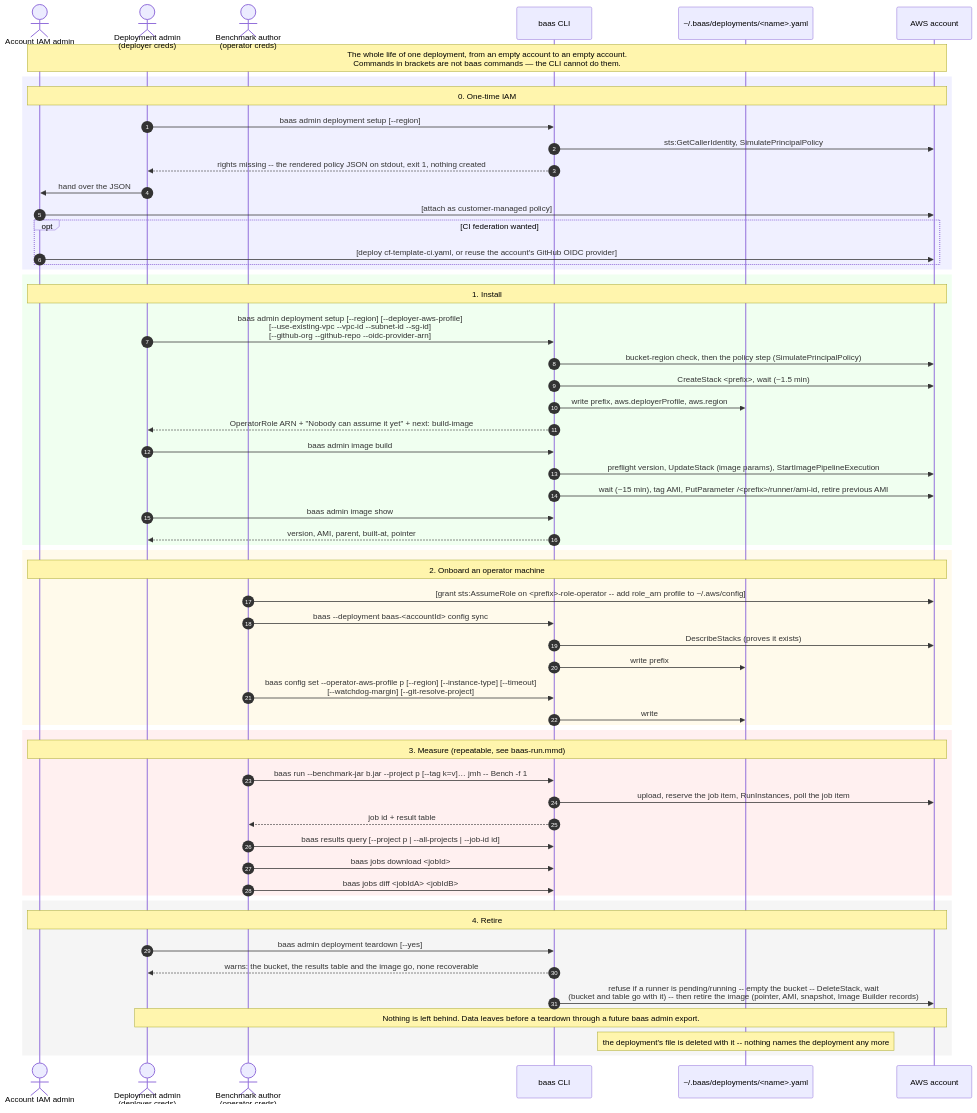
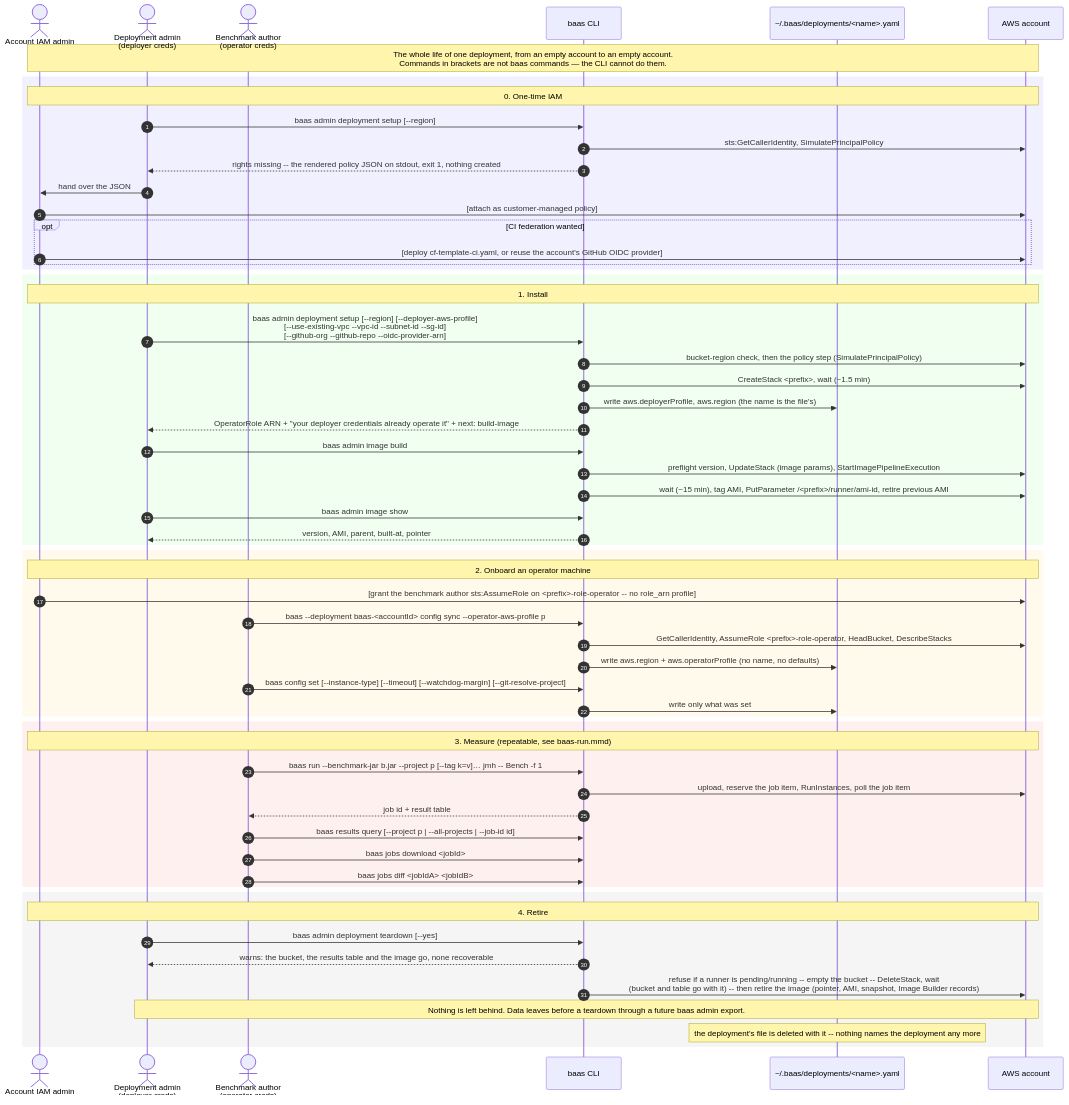
One commit to wsztajerowski/benchmark-as-a-service changed the diagram in docs/diagrams/baas-lifecycle.mmd. Above: the diagram before and after it, drawn with Mermaid. The commit also changed 13 other files, not shown here.

First line of the commit message:
docs: describe the operator role resolved by the CLI and CI without config sync

```diff
--- a/docs/diagrams/baas-lifecycle.mmd
+++ b/docs/diagrams/baas-lifecycle.mmd
@@ -1,65 +1,65 @@
 sequenceDiagram
     autonumber
     actor IA as Account IAM admin
     actor Adm as Deployment admin<br/>(deployer creds)
     actor Op as Benchmark author<br/>(operator creds)
     participant CLI as baas CLI
     participant CFG as ~/.baas/deployments/<name>.yaml
     participant AWS as AWS account
 
     Note over IA,AWS: The whole life of one deployment, from an empty account to an empty account.<br/>Commands in brackets are not baas commands — the CLI cannot do them.
 
     rect rgb(240, 240, 255)
         Note over IA,AWS: 0. One-time IAM
         Adm->>CLI: baas admin deployment setup [--region]
         CLI->>AWS: sts:GetCallerIdentity, SimulatePrincipalPolicy
         CLI-->>Adm: rights missing -- the rendered policy JSON on stdout, exit 1, nothing created
         Adm->>IA: hand over the JSON
         IA->>AWS: [attach as customer-managed policy]
         opt CI federation wanted
             IA->>AWS: [deploy cf-template-ci.yaml, or reuse the account's GitHub OIDC provider]
         end
     end
 
     rect rgb(240, 255, 240)
         Note over IA,AWS: 1. Install
         Adm->>CLI: baas admin deployment setup [--region] [--deployer-aws-profile]<br/>[--use-existing-vpc --vpc-id --subnet-id --sg-id]<br/>[--github-org --github-repo --oidc-provider-arn]
         CLI->>AWS: bucket-region check, then the policy step (SimulatePrincipalPolicy)
         CLI->>AWS: CreateStack <prefix>, wait (~1.5 min)
-        CLI->>CFG: write prefix, aws.deployerProfile, aws.region
-        CLI-->>Adm: OperatorRole ARN + "Nobody can assume it yet" + next: build-image
+        CLI->>CFG: write aws.deployerProfile, aws.region (the name is the file's)
+        CLI-->>Adm: OperatorRole ARN + "your deployer credentials already operate it" + next: build-image
         Adm->>CLI: baas admin image build
         CLI->>AWS: preflight version, UpdateStack (image params), StartImagePipelineExecution
         CLI->>AWS: wait (~15 min), tag AMI, PutParameter /<prefix>/runner/ami-id, retire previous AMI
         Adm->>CLI: baas admin image show
         CLI-->>Adm: version, AMI, parent, built-at, pointer
     end
 
     rect rgb(255, 250, 235)
         Note over IA,AWS: 2. Onboard an operator machine
-        Op->>AWS: [grant sts:AssumeRole on <prefix>-role-operator -- add role_arn profile to ~/.aws/config]
-        Op->>CLI: baas --deployment baas-<accountId> config sync
-        CLI->>AWS: DescribeStacks (proves it exists)
-        CLI->>CFG: write prefix
-        Op->>CLI: baas config set --operator-aws-profile p [--region] [--instance-type] [--timeout]<br/>[--watchdog-margin] [--git-resolve-project]
-        CLI->>CFG: write
+        IA->>AWS: [grant the benchmark author sts:AssumeRole on <prefix>-role-operator -- no role_arn profile]
+        Op->>CLI: baas --deployment baas-<accountId> config sync --operator-aws-profile p
+        CLI->>AWS: GetCallerIdentity, AssumeRole <prefix>-role-operator, HeadBucket, DescribeStacks
+        CLI->>CFG: write aws.region + aws.operatorProfile (no name, no defaults)
+        Op->>CLI: baas config set [--instance-type] [--timeout] [--watchdog-margin] [--git-resolve-project]
+        CLI->>CFG: write only what was set
     end
 
     rect rgb(255, 240, 240)
         Note over IA,AWS: 3. Measure (repeatable, see baas-run.mmd)
         Op->>CLI: baas run --benchmark-jar b.jar --project p [--tag k=v]… jmh -- Bench -f 1
         CLI->>AWS: upload, reserve the job item, RunInstances, poll the job item
         CLI-->>Op: job id + result table
         Op->>CLI: baas results query [--project p | --all-projects | --job-id id]
         Op->>CLI: baas jobs download <jobId>
         Op->>CLI: baas jobs diff <jobIdA> <jobIdB>
     end
 
     rect rgb(245, 245, 245)
         Note over IA,AWS: 4. Retire
         Adm->>CLI: baas admin deployment teardown [--yes]
         CLI-->>Adm: warns: the bucket, the results table and the image go, none recoverable
         CLI->>AWS: refuse if a runner is pending/running -- empty the bucket -- DeleteStack, wait<br/>(bucket and table go with it) -- then retire the image (pointer, AMI, snapshot, Image Builder records)
         Note over Adm,AWS: Nothing is left behind. Data leaves before a teardown through a future baas admin export.
         Note over CFG: the deployment's file is deleted with it -- nothing names the deployment any more
     end
```
